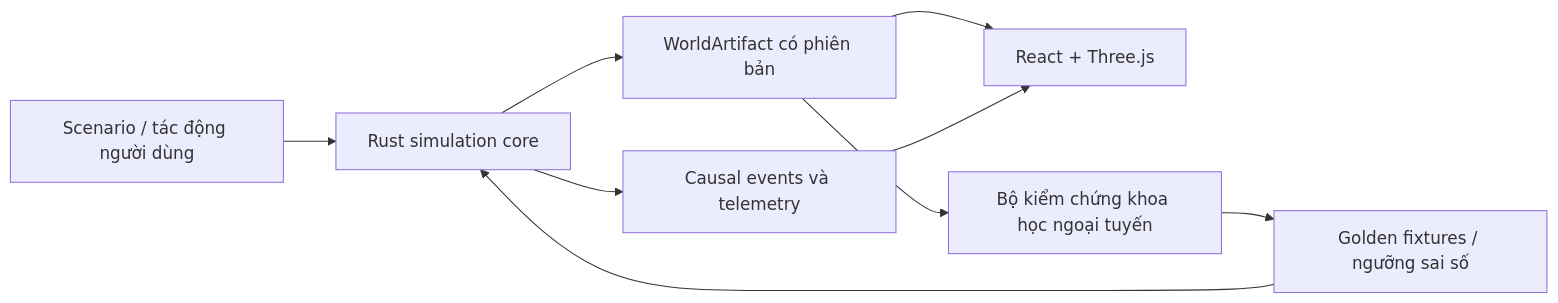
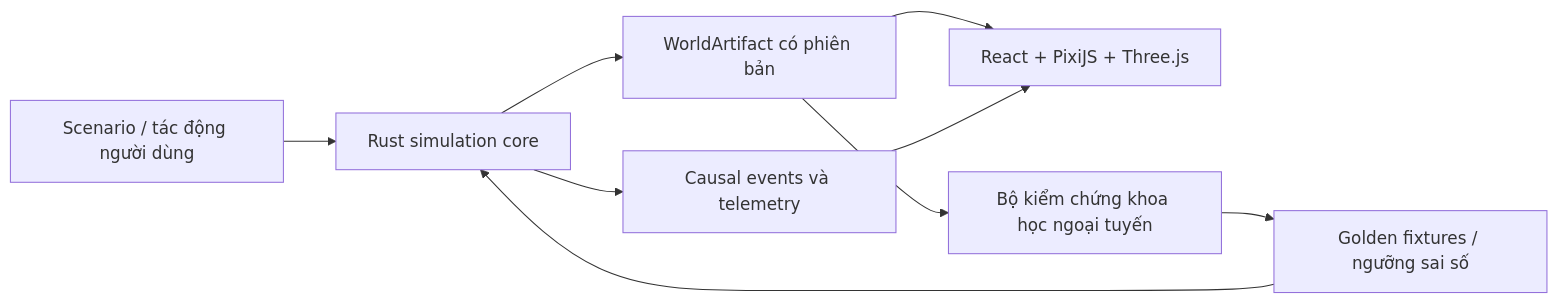
One commit to DuongNAD/Anima-Engine changed the diagram in README.md. Above: the diagram before and after it, drawn with Mermaid. The commit also changed other lines of this file, not shown here.

````diff
--- a/README.md
+++ b/README.md
@@ -24,11 +42,11 @@
 ```mermaid
 flowchart LR
     I["Scenario / tác động người dùng"] --> R["Rust simulation core"]
     R --> A["WorldArtifact có phiên bản"]
-    A --> U["React + Three.js"]
+    A --> U["React + PixiJS + Three.js"]
     R --> E["Causal events và telemetry"]
     E --> U
     A --> O["Bộ kiểm chứng khoa học ngoại tuyến"]
     O --> G["Golden fixtures / ngưỡng sai số"]
     G --> R
 ```
````
